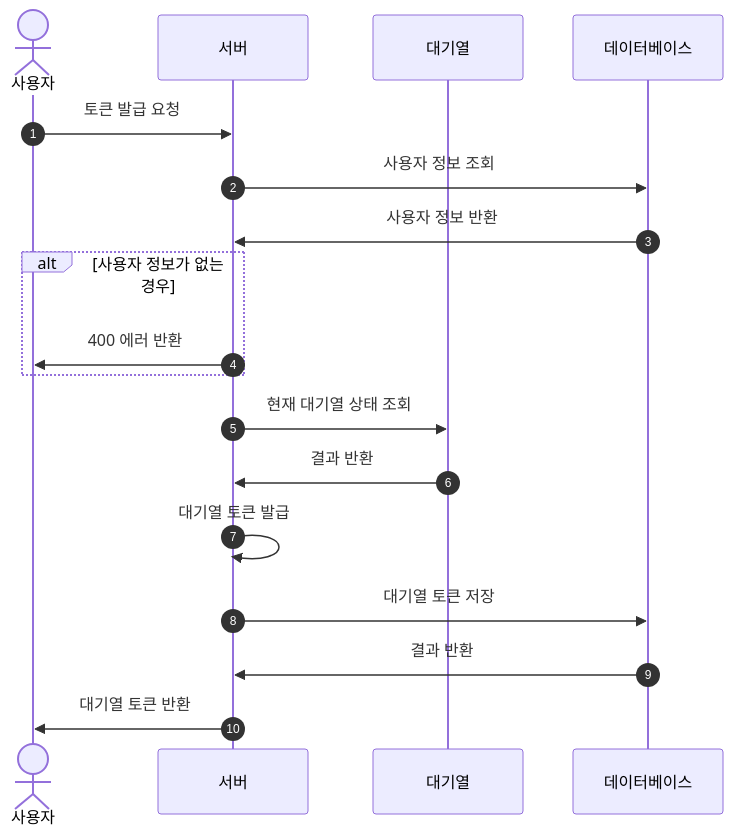
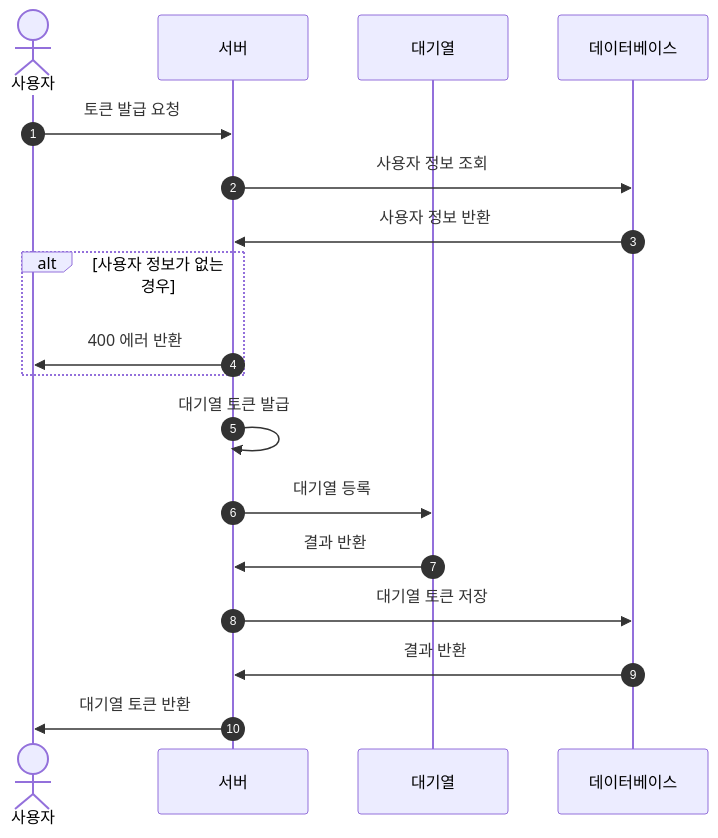
Before and after one commit to zxcv9203/concert-backend: the first of 9 diagrams in docs/SequenceDiagram.md, drawn with Mermaid. The commit also changed other lines of this file, not shown here.

Commit message:
:memo: docs : 대기열 토큰 발급 및 등록 순서 수정

````diff
--- a/docs/SequenceDiagram.md
+++ b/docs/SequenceDiagram.md
@@ -10,21 +10,20 @@
 ```mermaid
 sequenceDiagram
-autonumber
-actor user as 사용자
-participant server as 서버
-participant queue as 대기열
-participant db as 데이터베이스
-
-user ->> server : 토큰 발급 요청
-server ->> db : 사용자 정보 조회
-db ->> server : 사용자 정보 반환
-alt 사용자 정보가 없는 경우
-server ->> user : 400 에러 반환
-end
-server ->> queue : 현재 대기열 상태 조회
-queue ->> server : 결과 반환
-server ->> server : 대기열 토큰 발급
-server ->> db : 대기열 토큰 저장
-db ->> server : 결과 반환
-server ->> user : 대기열 토큰 반환
+    autonumber
+    actor user as 사용자
+    participant server as 서버
+    participant queue as 대기열
+    participant db as 데이터베이스
+    user ->> server: 토큰 발급 요청
+    server ->> db: 사용자 정보 조회
+    db ->> server: 사용자 정보 반환
+    alt 사용자 정보가 없는 경우
+        server ->> user: 400 에러 반환
+    end
+    server ->> server: 대기열 토큰 발급
+    server ->> queue: 대기열 등록
+    queue ->> server: 결과 반환
+    server ->> db: 대기열 토큰 저장
+    db ->> server: 결과 반환
+    server ->> user: 대기열 토큰 반환
 ```
````
